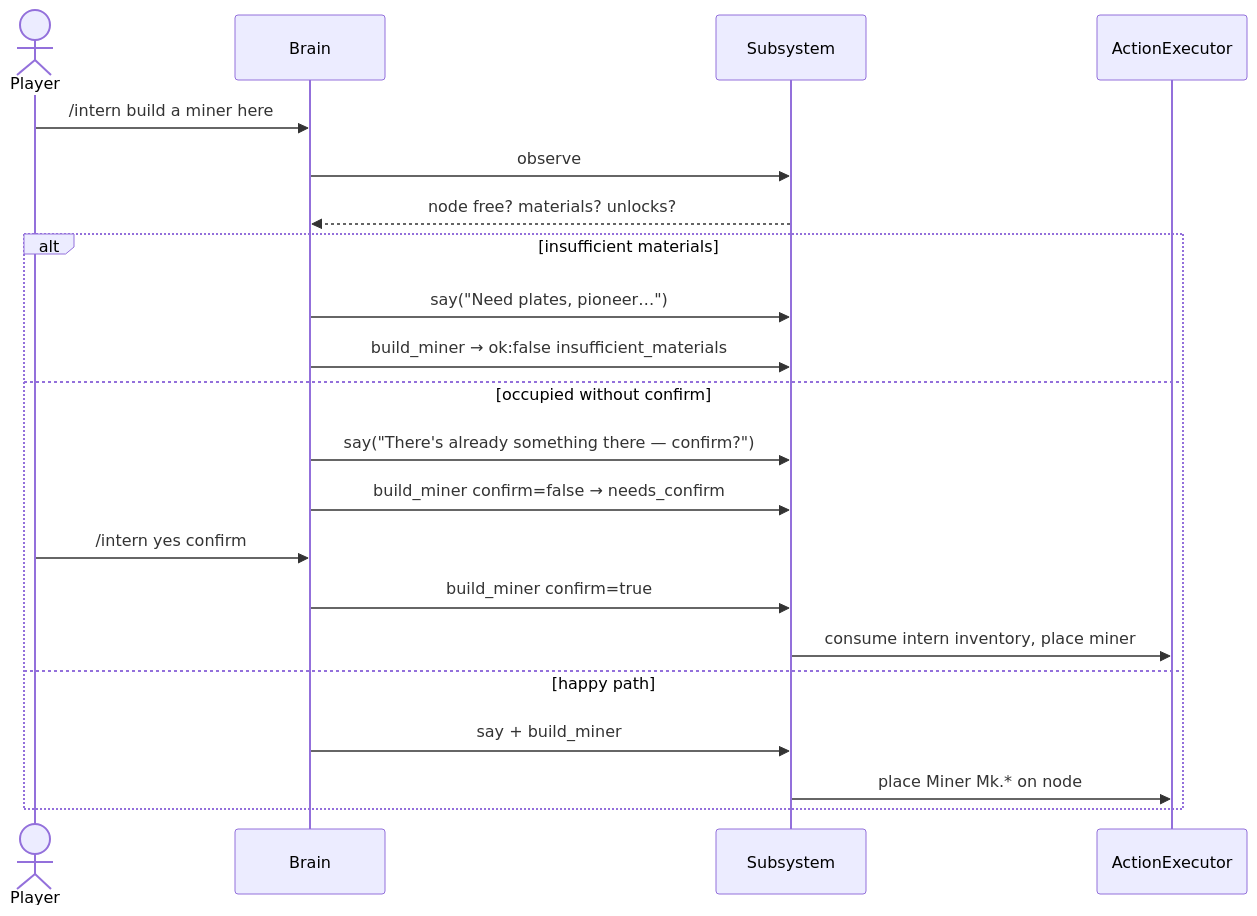
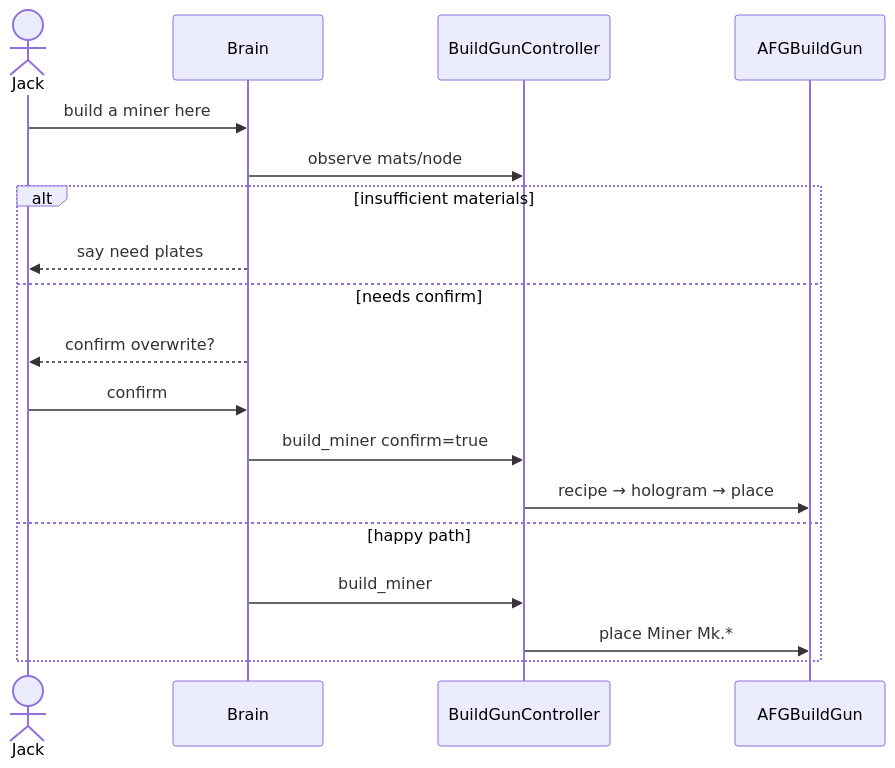
One commit to Jack-Reason/unpaid-intern changed the fifth of 5 diagrams in docs/ARCHITECTURE.md. Above: the diagram before and after it, drawn with Mermaid. The commit also changed other lines of this file and 26 other files, not shown here.

````diff
--- a/docs/ARCHITECTURE.md
+++ b/docs/ARCHITECTURE.md
@@ -210,24 +162,21 @@
 ```mermaid
 sequenceDiagram
-  actor Player
+  actor Jack
   participant Brain
-  participant Sub as Subsystem
-  participant Exec as ActionExecutor
+  participant BG as BuildGunController
+  participant Gun as AFGBuildGun
 
-  Player->>Brain: /intern build a miner here
-  Brain->>Sub: observe
-  Sub-->>Brain: node free? materials? unlocks?
+  Jack->>Brain: build a miner here
+  Brain->>BG: observe mats/node
   alt insufficient materials
-    Brain->>Sub: say("Need plates, pioneer…")
-    Brain->>Sub: build_miner → ok:false insufficient_materials
-  else occupied without confirm
-    Brain->>Sub: say("There's already something there — confirm?")
-    Brain->>Sub: build_miner confirm=false → needs_confirm
-    Player->>Brain: /intern yes confirm
-    Brain->>Sub: build_miner confirm=true
-    Sub->>Exec: consume intern inventory, place miner
+    Brain-->>Jack: say need plates
+  else needs confirm
+    Brain-->>Jack: confirm overwrite?
+    Jack->>Brain: confirm
+    Brain->>BG: build_miner confirm=true
+    BG->>Gun: recipe → hologram → place
   else happy path
-    Brain->>Sub: say + build_miner
-    Sub->>Exec: place Miner Mk.* on node
+    Brain->>BG: build_miner
+    BG->>Gun: place Miner Mk.*
   end
 ```
````
